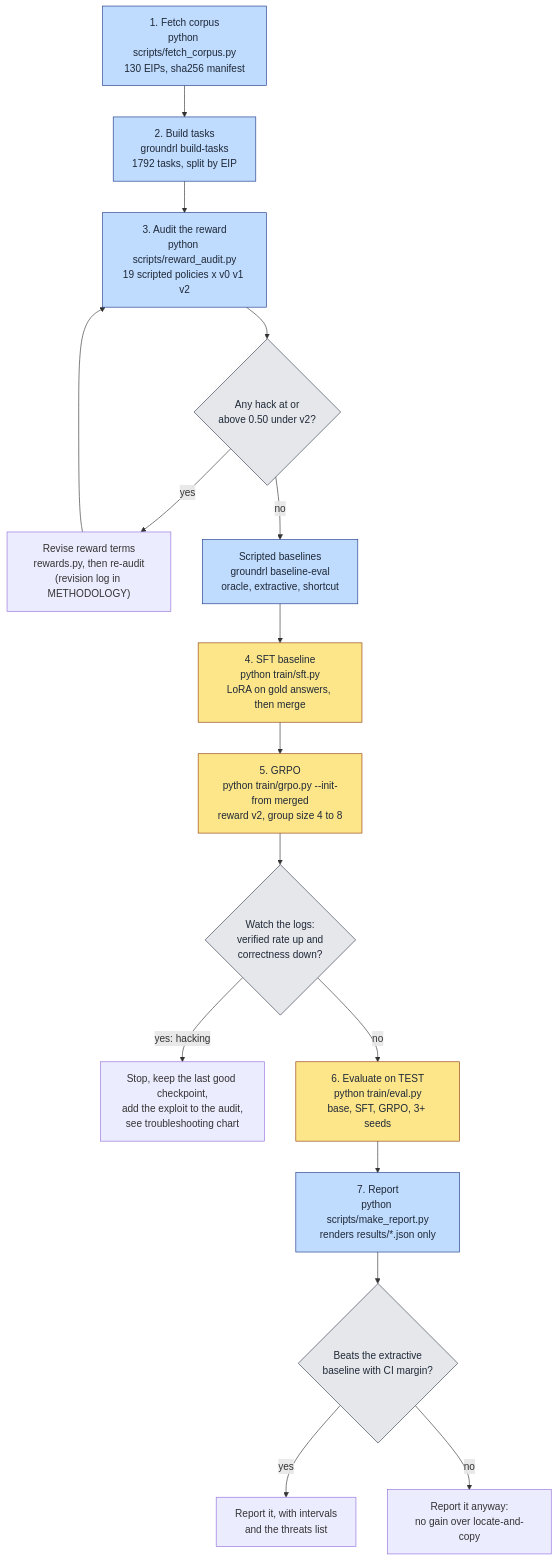
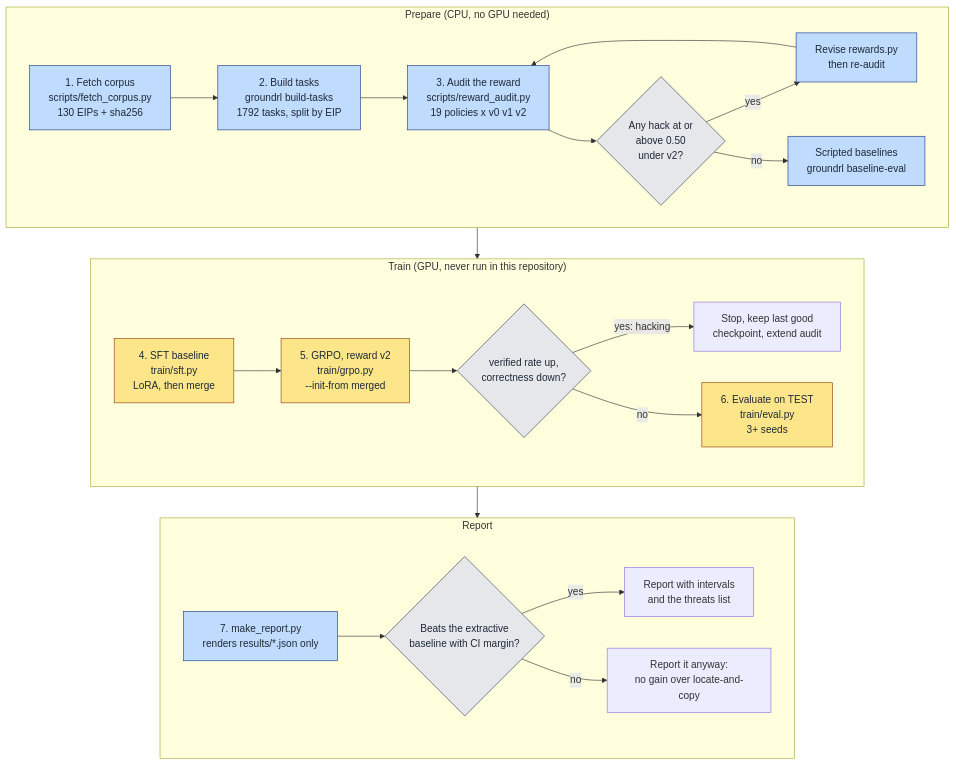
The diagram in docs/diagrams/usage.mmd (Intermountainh8ter/groundrl), drawn with Mermaid before and after one commit. The commit also changed 19 other files, not shown here.

First line of the commit message:
Phase 6: README, threats to validity, flowcharts, CI, launch copy

```diff
--- a/docs/diagrams/usage.mmd
+++ b/docs/diagrams/usage.mmd
@@ -1,23 +1,31 @@
-flowchart TD
-    A["1. Fetch corpus<br/>python scripts/fetch_corpus.py<br/>130 EIPs, sha256 manifest"] --> B["2. Build tasks<br/>groundrl build-tasks<br/>1792 tasks, split by EIP"]
-    B --> C["3. Audit the reward<br/>python scripts/reward_audit.py<br/>19 scripted policies x v0 v1 v2"]
-    C --> D{"Any hack at or<br/>above 0.50 under v2?"}
-    D -- "yes" --> E["Revise reward terms<br/>rewards.py, then re-audit<br/>(revision log in METHODOLOGY)"]
-    E --> C
-    D -- "no" --> F["Scripted baselines<br/>groundrl baseline-eval<br/>oracle, extractive, shortcut"]
-    F --> G["4. SFT baseline<br/>python train/sft.py<br/>LoRA on gold answers, then merge"]
-    G --> H["5. GRPO<br/>python train/grpo.py --init-from merged<br/>reward v2, group size 4 to 8"]
-    H --> I{"Watch the logs:<br/>verified rate up and<br/>correctness down?"}
-    I -- "yes: hacking" --> J["Stop, keep the last good checkpoint,<br/>add the exploit to the audit,<br/>see troubleshooting chart"]
-    I -- "no" --> K["6. Evaluate on TEST<br/>python train/eval.py<br/>base, SFT, GRPO, 3+ seeds"]
-    K --> L["7. Report<br/>python scripts/make_report.py<br/>renders results/*.json only"]
-    L --> M{"Beats the extractive<br/>baseline with CI margin?"}
-    M -- "yes" --> N["Report it, with intervals<br/>and the threats list"]
-    M -- "no" --> O["Report it anyway:<br/>no gain over locate-and-copy"]
+flowchart TB
+    subgraph prep ["Prepare (CPU, no GPU needed)"]
+        direction LR
+        A["1. Fetch corpus<br/>scripts/fetch_corpus.py<br/>130 EIPs + sha256"] --> B["2. Build tasks<br/>groundrl build-tasks<br/>1792 tasks, split by EIP"]
+        B --> C["3. Audit the reward<br/>scripts/reward_audit.py<br/>19 policies x v0 v1 v2"]
+        C --> D{"Any hack at or<br/>above 0.50<br/>under v2?"}
+        D -- "yes" --> E["Revise rewards.py<br/>then re-audit"]
+        E --> C
+        D -- "no" --> F["Scripted baselines<br/>groundrl baseline-eval"]
+    end
+    subgraph train ["Train (GPU, never run in this repository)"]
+        direction LR
+        G["4. SFT baseline<br/>train/sft.py<br/>LoRA, then merge"] --> H["5. GRPO, reward v2<br/>train/grpo.py<br/>--init-from merged"]
+        H --> I{"verified rate up,<br/>correctness down?"}
+        I -- "yes: hacking" --> J["Stop, keep last good<br/>checkpoint, extend audit"]
+        I -- "no" --> K["6. Evaluate on TEST<br/>train/eval.py<br/>3+ seeds"]
+    end
+    subgraph out ["Report"]
+        direction LR
+        L["7. make_report.py<br/>renders results/*.json only"] --> M{"Beats the extractive<br/>baseline with CI margin?"}
+        M -- "yes" --> N["Report with intervals<br/>and the threats list"]
+        M -- "no" --> O["Report it anyway:<br/>no gain over locate-and-copy"]
+    end
+    prep --> train --> out
 
     classDef gpu fill:#fde68a,stroke:#92400e,color:#1f2937
     classDef cpu fill:#bfdbfe,stroke:#1e3a8a,color:#1f2937
     classDef decision fill:#e5e7eb,stroke:#374151,color:#1f2937
-    class A,B,C,F,L cpu
+    class A,B,C,E,F,L cpu
     class G,H,K gpu
     class D,I,M decision
```
